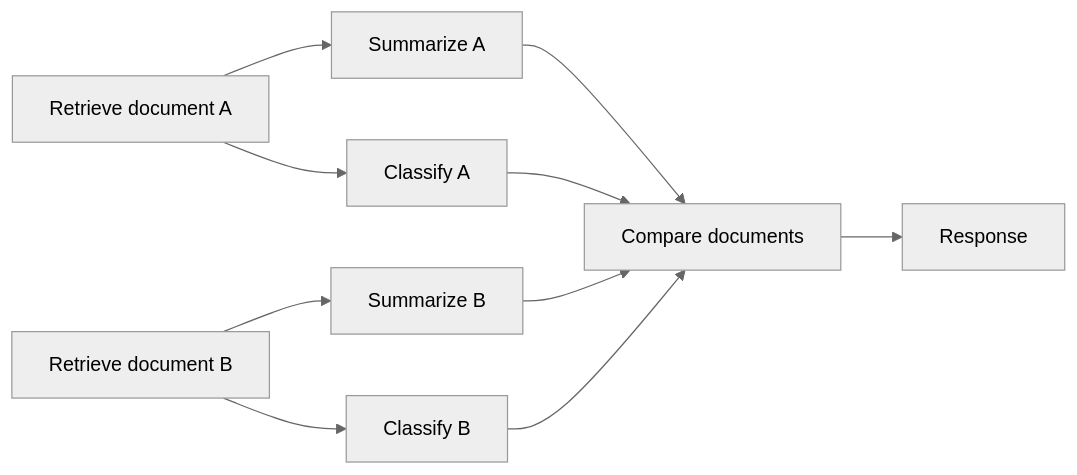
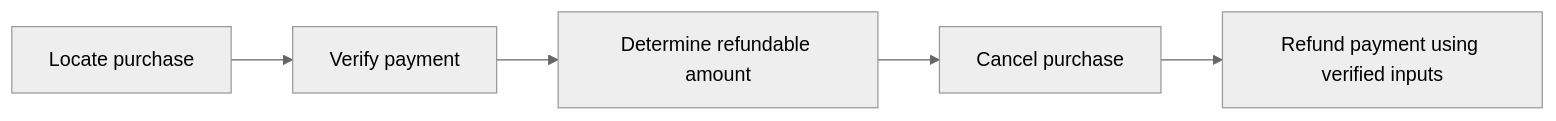
One commit to joaomadruga/AgentCompiler changed the fourth of 13 diagrams in README.md. Above: the diagram before and after it, drawn with Mermaid (neutral theme). The commit also changed other lines of this file and 8 other files, not shown here.

````diff
--- a/README.md
+++ b/README.md
@@ -49,12 +65,7 @@
 ```mermaid
 flowchart LR
-    A[Retrieve document A] --> B[Summarize A]
-    A --> C[Classify A]
-    D[Retrieve document B] --> E[Summarize B]
-    D --> F[Classify B]
-    B --> G[Compare documents]
-    C --> G
-    E --> G
-    F --> G
-    G --> H[Response]
+    A[Locate purchase] --> B[Verify payment]
+    B --> C[Determine refundable amount]
+    C --> D[Cancel purchase]
+    D --> E[Refund payment using verified inputs]
 ```
````
